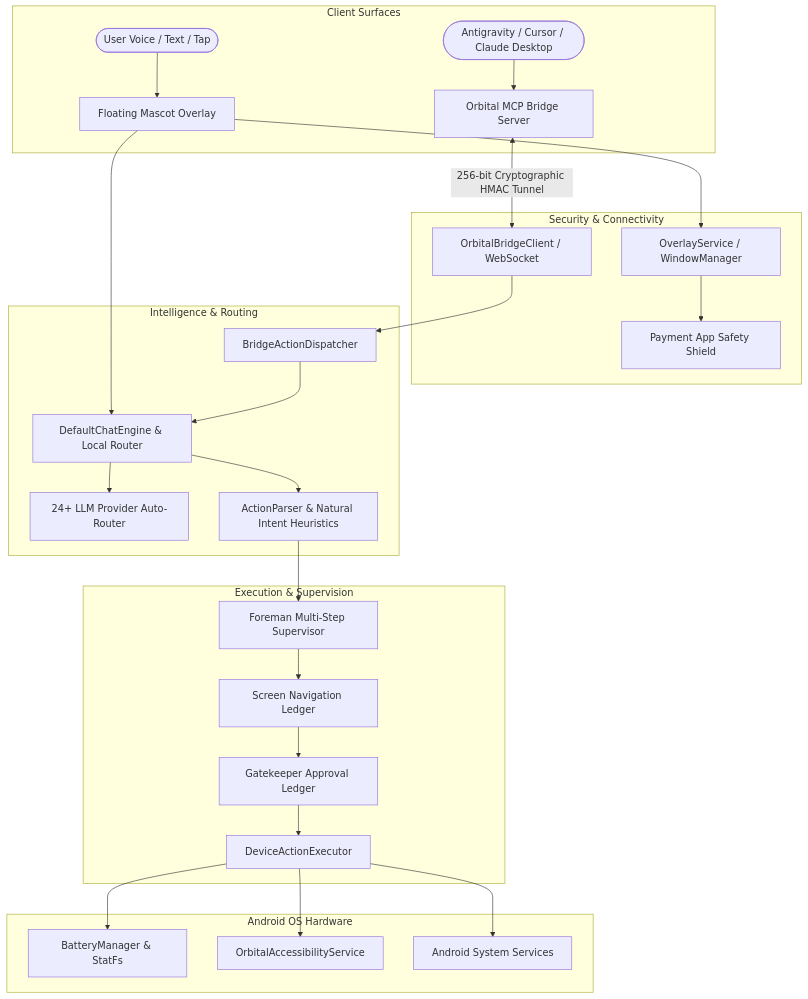
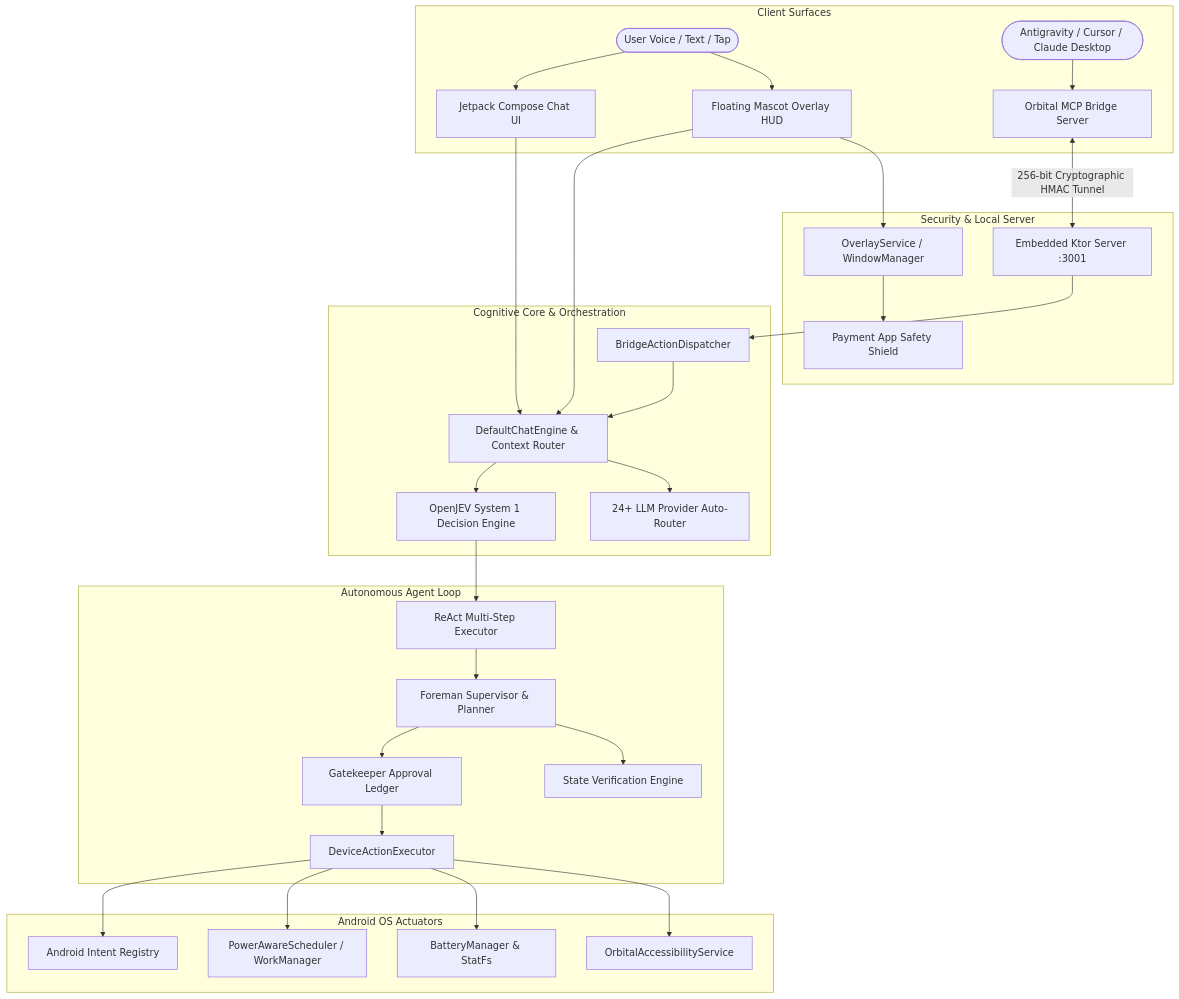
One commit to jaypal1046/Orbital changed the diagram in README.md. Above: the diagram before and after it, drawn with Mermaid. The commit also changed other lines of this file and 2 other files, not shown here.

Commit message:
docs: add privacy policy and system architecture guides and update project README

````diff
--- a/README.md
+++ b/README.md
@@ -51,34 +61,38 @@
 ```mermaid
 graph TD
     subgraph Client Surfaces
-        User([User Voice / Text / Tap]) --> Companion[Floating Mascot Overlay]
+        User([User Voice / Text / Tap]) --> Companion[Floating Mascot Overlay HUD]
+        User --> ComposeChat[Jetpack Compose Chat UI]
         IDE([Antigravity / Cursor / Claude Desktop]) --> MCP[Orbital MCP Bridge Server]
     end
 
-    subgraph Security & Connectivity
-        MCP <-->|256-bit Cryptographic HMAC Tunnel| BridgeClient[OrbitalBridgeClient / WebSocket]
+    subgraph Security & Local Server
+        MCP <-->|256-bit Cryptographic HMAC Tunnel| KtorBridge[Embedded Ktor Server :3001]
         Companion --> OverlayService[OverlayService / WindowManager]
         OverlayService --> SafetyShield[Payment App Safety Shield]
     end
 
-    subgraph Intelligence & Routing
-        BridgeClient --> BridgeDispatcher[BridgeActionDispatcher]
-        Companion --> DefaultChatEngine[DefaultChatEngine & Local Router]
+    subgraph Cognitive Core & Orchestration
+        KtorBridge --> BridgeDispatcher[BridgeActionDispatcher]
+        Companion --> DefaultChatEngine[DefaultChatEngine & Context Router]
+        ComposeChat --> DefaultChatEngine
         BridgeDispatcher --> DefaultChatEngine
         DefaultChatEngine --> MultiRouter[24+ LLM Provider Auto-Router]
-        DefaultChatEngine --> ActionParser[ActionParser & Natural Intent Heuristics]
+        DefaultChatEngine --> JEV[OpenJEV System 1 Decision Engine]
     end
 
-    subgraph Execution & Supervision
-        ActionParser --> Foreman[Foreman Multi-Step Supervisor]
-        Foreman --> Ledger[Screen Navigation Ledger]
-        Ledger --> Gatekeeper[Gatekeeper Approval Ledger]
+    subgraph Autonomous Agent Loop
+        JEV --> ReAct[ReAct Multi-Step Executor]
+        ReAct --> Foreman[Foreman Supervisor & Planner]
+        Foreman --> StateVerifier[State Verification Engine]
+        Foreman --> Gatekeeper[Gatekeeper Approval Ledger]
         Gatekeeper --> DeviceExecutor[DeviceActionExecutor]
     end
 
-    subgraph Android OS Hardware
+    subgraph Android OS Actuators
+        DeviceExecutor --> A11y[OrbitalAccessibilityService]
         DeviceExecutor --> BatteryMgr[BatteryManager & StatFs]
-        DeviceExecutor --> A11y[OrbitalAccessibilityService]
-        DeviceExecutor --> SystemIntents[Android System Services]
+        DeviceExecutor --> PowerScheduler[PowerAwareScheduler / WorkManager]
+        DeviceExecutor --> SystemIntents[Android Intent Registry]
     end
 ```
````
